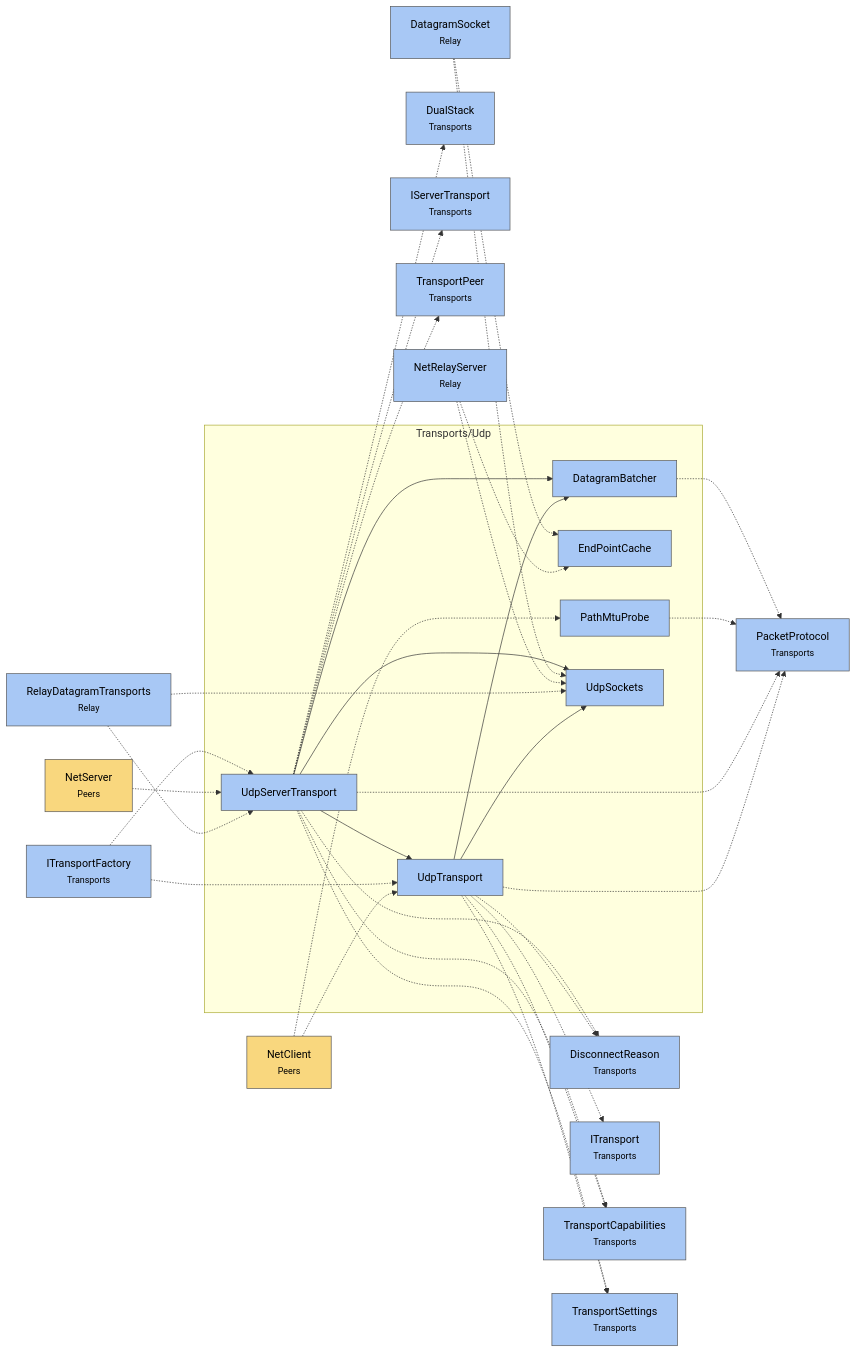
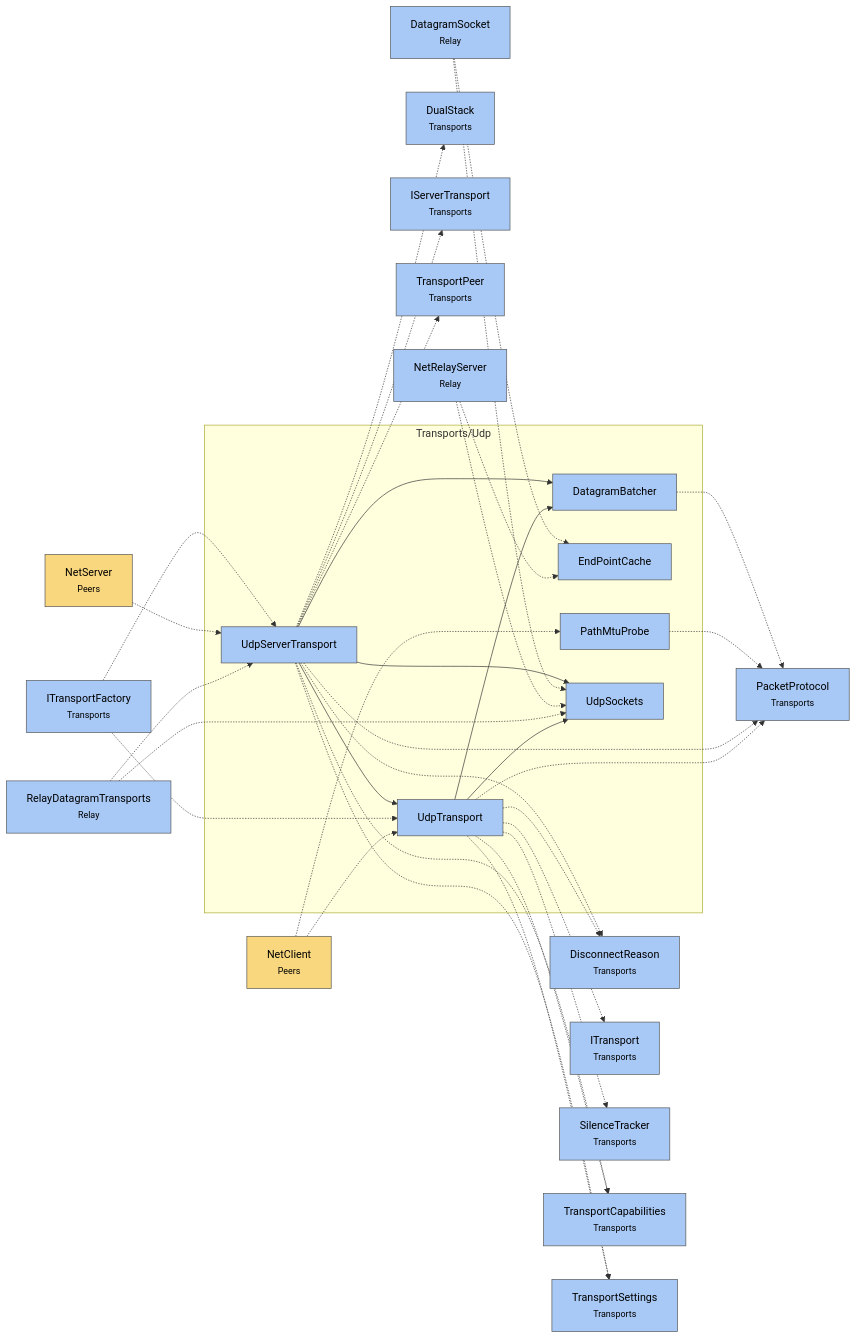
The diagram in docs/4 Diagrams/Modules/Module map Transports Udp.md (VladislavKresov/NetSync), drawn with Mermaid before and after one commit. The commit also changed other lines of this file and 56 other files, not shown here.

Commit message:
Docs: limitations and roadmap after rc.6 work; regenerated code reference

````diff
--- a/docs/4 Diagrams/Modules/Module map Transports Udp.md
+++ b/docs/4 Diagrams/Modules/Module map Transports Udp.md
@@ -11,60 +11,62 @@
 ```mermaid
 flowchart LR
   subgraph f_Transports_Udp["Transports/Udp"]
     m_DatagramBatcher["DatagramBatcher"]:::transports
     m_EndPointCache["EndPointCache"]:::transports
     m_PathMtuProbe["PathMtuProbe"]:::transports
     m_UdpServerTransport["UdpServerTransport"]:::transports
     m_UdpSockets["UdpSockets"]:::transports
     m_UdpTransport["UdpTransport"]:::transports
   end
   m_NetClient["NetClient<br/><small>Peers</small>"]:::api
   m_NetServer["NetServer<br/><small>Peers</small>"]:::api
   m_DisconnectReason["DisconnectReason<br/><small>Transports</small>"]:::transports
   m_DualStack["DualStack<br/><small>Transports</small>"]:::transports
   m_IServerTransport["IServerTransport<br/><small>Transports</small>"]:::transports
   m_ITransport["ITransport<br/><small>Transports</small>"]:::transports
   m_ITransportFactory["ITransportFactory<br/><small>Transports</small>"]:::transports
   m_PacketProtocol["PacketProtocol<br/><small>Transports</small>"]:::transports
+  m_SilenceTracker["SilenceTracker<br/><small>Transports</small>"]:::transports
   m_TransportCapabilities["TransportCapabilities<br/><small>Transports</small>"]:::transports
   m_TransportPeer["TransportPeer<br/><small>Transports</small>"]:::transports
   m_TransportSettings["TransportSettings<br/><small>Transports</small>"]:::transports
   m_DatagramSocket["DatagramSocket<br/><small>Relay</small>"]:::transports
   m_NetRelayServer["NetRelayServer<br/><small>Relay</small>"]:::transports
   m_RelayDatagramTransports["RelayDatagramTransports<br/><small>Relay</small>"]:::transports
   m_DatagramBatcher -.-> m_PacketProtocol
   m_DatagramSocket -.-> m_EndPointCache
   m_NetRelayServer -.-> m_EndPointCache
   m_PathMtuProbe -.-> m_PacketProtocol
   m_NetClient -.-> m_PathMtuProbe
   m_UdpServerTransport --> m_DatagramBatcher
   m_UdpServerTransport -.-> m_DisconnectReason
   m_UdpServerTransport -.-> m_DualStack
   m_UdpServerTransport -.-> m_IServerTransport
   m_UdpServerTransport -.-> m_PacketProtocol
   m_UdpServerTransport -.-> m_TransportCapabilities
   m_UdpServerTransport -.-> m_TransportPeer
   m_UdpServerTransport -.-> m_TransportSettings
   m_UdpServerTransport --> m_UdpSockets
   m_UdpServerTransport --> m_UdpTransport
   m_ITransportFactory -.-> m_UdpServerTransport
   m_NetServer -.-> m_UdpServerTransport
   m_RelayDatagramTransports -.-> m_UdpServerTransport
   m_DatagramSocket -.-> m_UdpSockets
   m_NetRelayServer -.-> m_UdpSockets
   m_RelayDatagramTransports -.-> m_UdpSockets
   m_UdpTransport --> m_DatagramBatcher
   m_UdpTransport -.-> m_DisconnectReason
   m_UdpTransport -.-> m_ITransport
   m_UdpTransport -.-> m_PacketProtocol
+  m_UdpTransport -.-> m_SilenceTracker
   m_UdpTransport -.-> m_TransportCapabilities
   m_UdpTransport -.-> m_TransportSettings
   m_UdpTransport --> m_UdpSockets
   m_ITransportFactory -.-> m_UdpTransport
   m_NetClient -.-> m_UdpTransport
   classDef api fill:#f9d77e,stroke:#555,color:#000
   classDef session fill:#e3b8f0,stroke:#555,color:#000
   classDef transports fill:#a8c8f5,stroke:#555,color:#000
   classDef infrastructure fill:#b5e8c5,stroke:#555,color:#000
   classDef foundation fill:#dddddd,stroke:#555,color:#000
 ```
````
